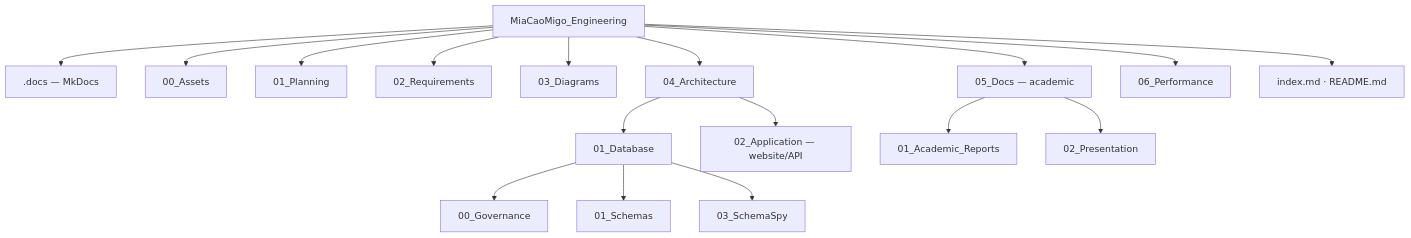
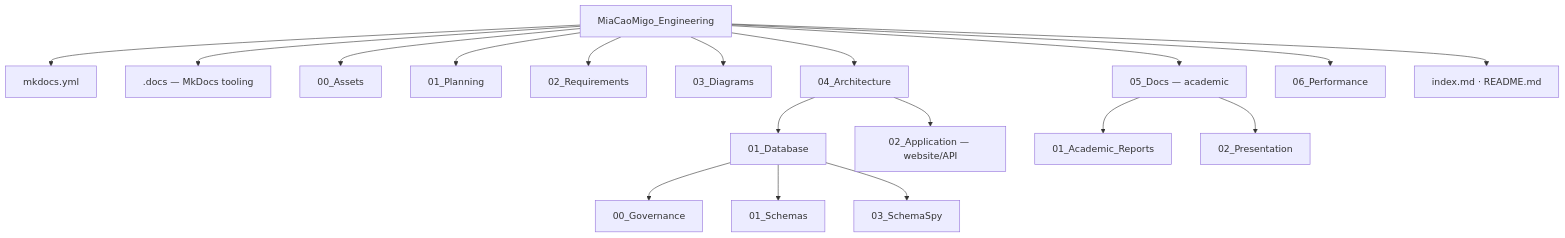
One commit to bulletproof20/MiaCaoMigo_Engineering changed the diagram in STRUCTURE.md. Above: the diagram before and after it, drawn with Mermaid. The commit also changed other lines of this file and 7 other files, not shown here.

````diff
--- a/STRUCTURE.md
+++ b/STRUCTURE.md
@@ -16,20 +16,21 @@
 ```mermaid
 flowchart TB
     ROOT["MiaCaoMigo_Engineering"]
-    ROOT --> DOCS[".docs — MkDocs"]
+    ROOT --> MKCFG["mkdocs.yml"]
+    ROOT --> DOCS[".docs — MkDocs tooling"]
     ROOT --> ASSETS["00_Assets"]
     ROOT --> PLAN["01_Planning"]
     ROOT --> REQ["02_Requirements"]
     ROOT --> DIAG["03_Diagrams"]
     ROOT --> ARCH["04_Architecture"]
     ROOT --> ACAD["05_Docs — academic"]
     ROOT --> PERF["06_Performance"]
     ROOT --> HOME["index.md · README.md"]
     ARCH --> DB["01_Database"]
     ARCH --> APP["02_Application — website/API"]
     DB --> GOV["00_Governance"]
     DB --> SCH["01_Schemas"]
     DB --> SS["03_SchemaSpy"]
     ACAD --> REP["01_Academic_Reports"]
     ACAD --> PRES["02_Presentation"]
 ```
````
